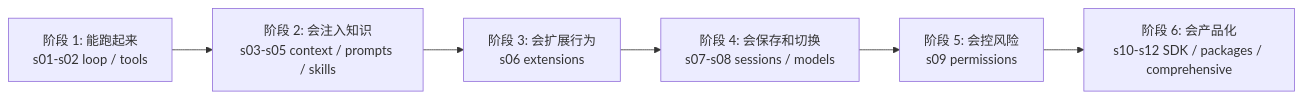
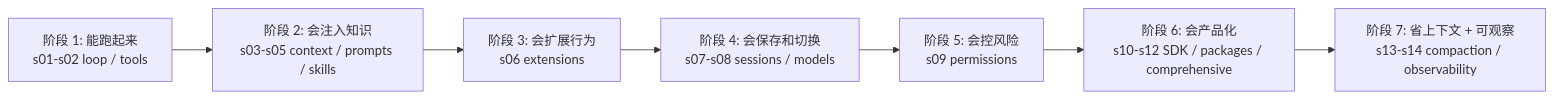
One commit to shihao-zhang/learn-pi-agent changed the diagram in README-zh.md. Above: the diagram before and after it, drawn with Mermaid. The commit also changed other lines of this file, not shown here.

````diff
--- a/README-zh.md
+++ b/README-zh.md
@@ -165,8 +166,9 @@
 ```mermaid
 flowchart LR
   A["阶段 1: 能跑起来\ns01-s02 loop / tools"] --> B["阶段 2: 会注入知识\ns03-s05 context / prompts / skills"]
   B --> C["阶段 3: 会扩展行为\ns06 extensions"]
   C --> D["阶段 4: 会保存和切换\ns07-s08 sessions / models"]
   D --> E["阶段 5: 会控风险\ns09 permissions"]
   E --> F["阶段 6: 会产品化\ns10-s12 SDK / packages / comprehensive"]
+  F --> G["阶段 7: 省上下文 + 可观察\ns13-s14 compaction / observability"]
 ```
````
